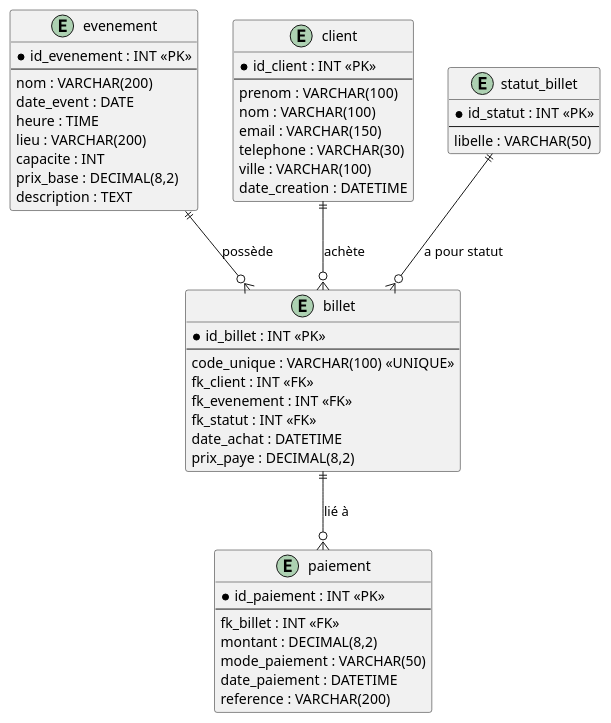
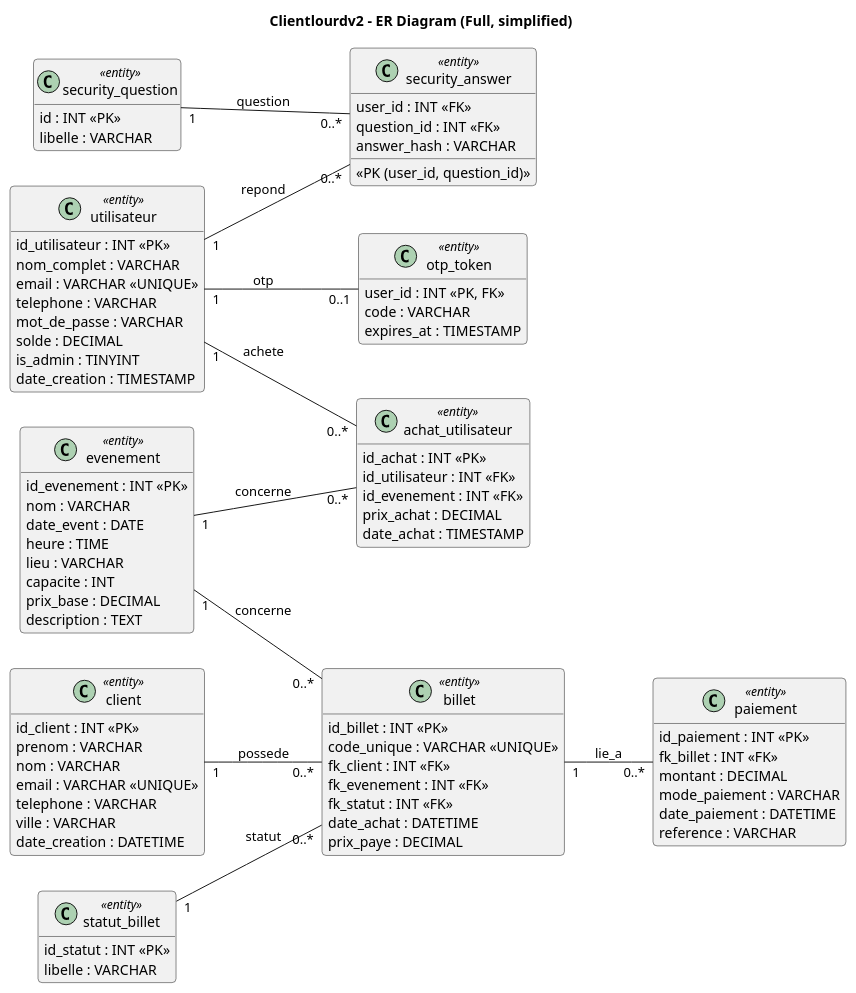
One commit to Jesuiskoriel/Clientlourdv2 changed the diagram in modélisation/billeterie.puml. Above: the diagram before and after it, drawn with PlantUML. The commit also changed 1 other file, not shown here.

```diff
--- a/modélisation/billeterie.puml
+++ b/modélisation/billeterie.puml
@@ -1,60 +1,105 @@
 @startuml
-' BDD Billetterie - modèle entité-relation corrigé
+title Clientlourdv2 - ER Diagram (Full, simplified)
 
-entity "evenement" as e {
-  * id_evenement : INT <<PK>>
-  --
-  nom : VARCHAR(200)
+hide empty members
+left to right direction
+skinparam classAttributeIconSize 0
+skinparam shadowing false
+skinparam roundcorner 8
+
+class utilisateur <<entity>> {
+  id_utilisateur : INT <<PK>>
+  nom_complet : VARCHAR
+  email : VARCHAR <<UNIQUE>>
+  telephone : VARCHAR
+  mot_de_passe : VARCHAR
+  solde : DECIMAL
+  is_admin : TINYINT
+  date_creation : TIMESTAMP
+}
+
+class security_question <<entity>> {
+  id : INT <<PK>>
+  libelle : VARCHAR
+}
+
+class security_answer <<entity>> {
+  user_id : INT <<FK>>
+  question_id : INT <<FK>>
+  answer_hash : VARCHAR
+  <<PK (user_id, question_id)>>
+}
+
+class otp_token <<entity>> {
+  user_id : INT <<PK, FK>>
+  code : VARCHAR
+  expires_at : TIMESTAMP
+}
+
+class client <<entity>> {
+  id_client : INT <<PK>>
+  prenom : VARCHAR
+  nom : VARCHAR
+  email : VARCHAR <<UNIQUE>>
+  telephone : VARCHAR
+  ville : VARCHAR
+  date_creation : DATETIME
+}
+
+class evenement <<entity>> {
+  id_evenement : INT <<PK>>
+  nom : VARCHAR
   date_event : DATE
   heure : TIME
-  lieu : VARCHAR(200)
+  lieu : VARCHAR
   capacite : INT
-  prix_base : DECIMAL(8,2)
+  prix_base : DECIMAL
   description : TEXT
 }
 
-entity "client" as c {
-  * id_client : INT <<PK>>
-  --
-  prenom : VARCHAR(100)
-  nom : VARCHAR(100)
-  email : VARCHAR(150)
-  telephone : VARCHAR(30)
-  ville : VARCHAR(100)
-  date_creation : DATETIME
+class achat_utilisateur <<entity>> {
+  id_achat : INT <<PK>>
+  id_utilisateur : INT <<FK>>
+  id_evenement : INT <<FK>>
+  prix_achat : DECIMAL
+  date_achat : TIMESTAMP
 }
 
-entity "statut_billet" as s {
-  * id_statut : INT <<PK>>
-  --
-  libelle : VARCHAR(50)
+class statut_billet <<entity>> {
+  id_statut : INT <<PK>>
+  libelle : VARCHAR
 }
 
-entity "billet" as b {
-  * id_billet : INT <<PK>>
-  --
-  code_unique : VARCHAR(100) <<UNIQUE>>
+class billet <<entity>> {
+  id_billet : INT <<PK>>
+  code_unique : VARCHAR <<UNIQUE>>
   fk_client : INT <<FK>>
   fk_evenement : INT <<FK>>
   fk_statut : INT <<FK>>
   date_achat : DATETIME
-  prix_paye : DECIMAL(8,2)
+  prix_paye : DECIMAL
 }
 
-entity "paiement" as p {
-  * id_paiement : INT <<PK>>
-  --
+class paiement <<entity>> {
+  id_paiement : INT <<PK>>
   fk_billet : INT <<FK>>
-  montant : DECIMAL(8,2)
-  mode_paiement : VARCHAR(50)
+  montant : DECIMAL
+  mode_paiement : VARCHAR
   date_paiement : DATETIME
-  reference : VARCHAR(200)
+  reference : VARCHAR
 }
 
-' Relations
-e ||--o{ b : "possède"
-c ||--o{ b : "achète"
-s ||--o{ b : "a pour statut"
-b ||--o{ p : "lié à"
+utilisateur "1" -- "0..*" achat_utilisateur : achete
+evenement "1" -- "0..*" achat_utilisateur : concerne
+
+utilisateur "1" -- "0..*" security_answer : repond
+security_question "1" -- "0..*" security_answer : question
+
+utilisateur "1" -- "0..1" otp_token : otp
+
+client "1" -- "0..*" billet : possede
+evenement "1" -- "0..*" billet : concerne
+statut_billet "1" -- "0..*" billet : statut
+billet "1" -- "0..*" paiement : lie_a
 
 @enduml
```
